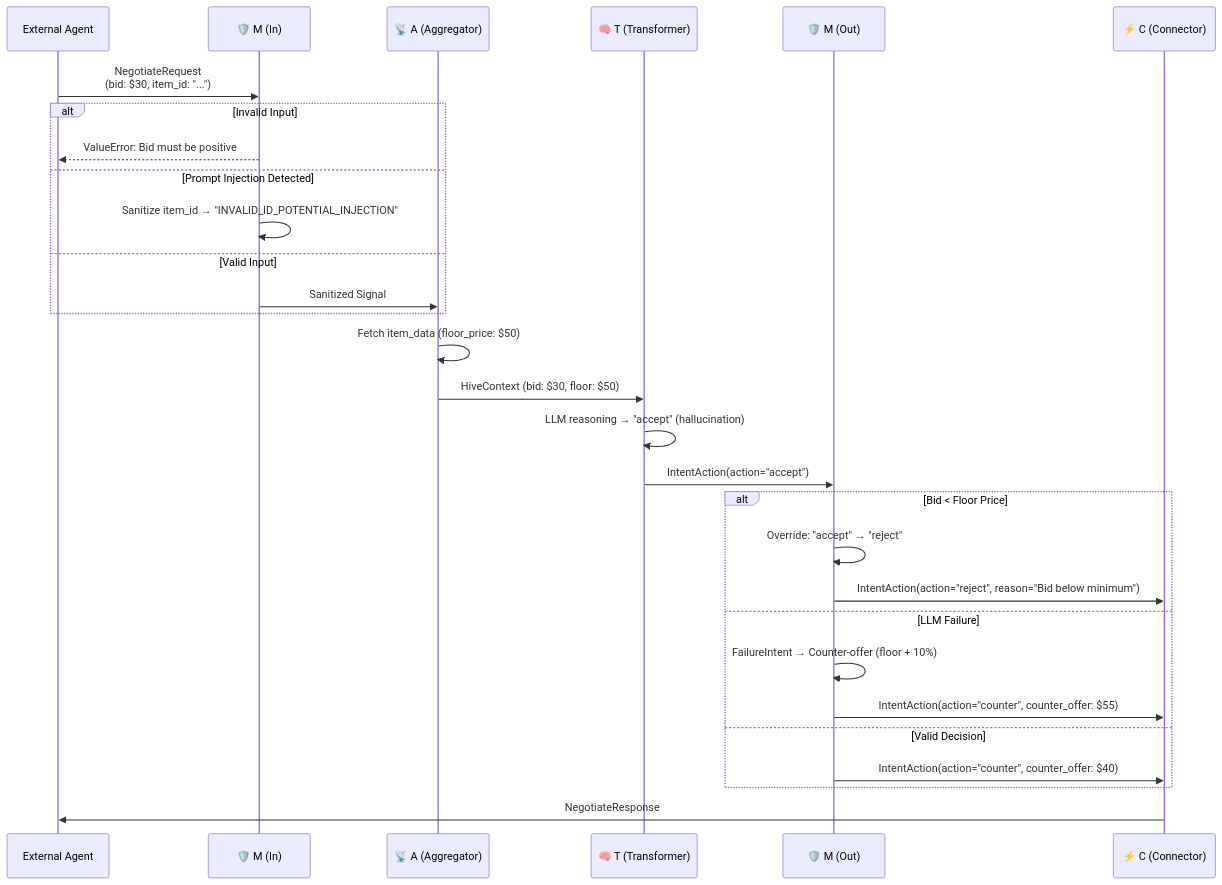
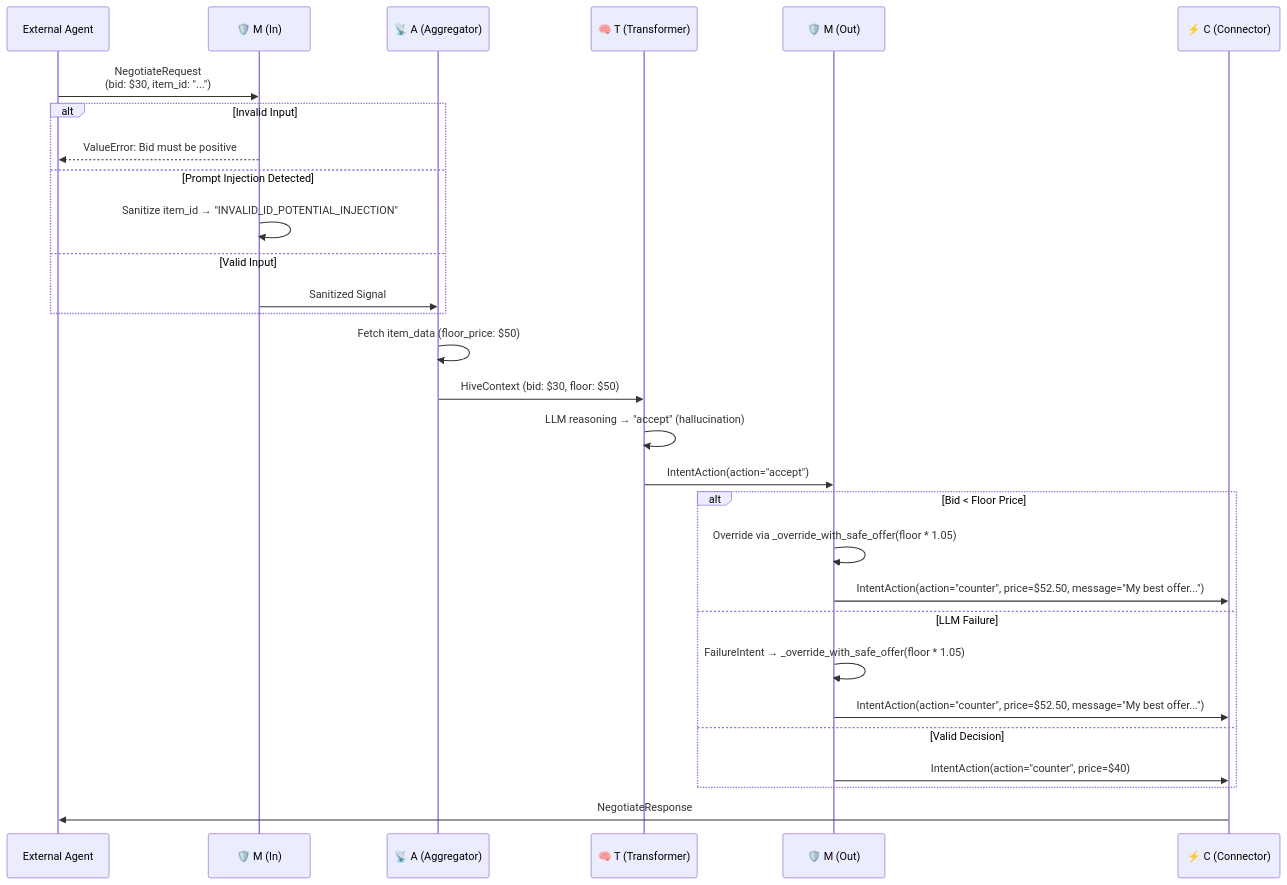
Before and after one commit to zaebee/aura: the second of 4 diagrams in docs/visual/components/membrane-guards.md, drawn with Mermaid. The commit also changed other lines of this file and 2 other files, not shown here.

````diff
--- a/docs/visual/components/membrane-guards.md
+++ b/docs/visual/components/membrane-guards.md
@@ -207,37 +212,37 @@
 ```mermaid
 sequenceDiagram
     participant Agent as External Agent
     participant M_in as 🛡️ M (In)
     participant A as 📡 A (Aggregator)
     participant T as 🧠 T (Transformer)
     participant M_out as 🛡️ M (Out)
     participant C as ⚡ C (Connector)
 
     Agent->>M_in: NegotiateRequest<br/>(bid: $30, item_id: "...")
 
     alt Invalid Input
         M_in-->>Agent: ValueError: Bid must be positive
     else Prompt Injection Detected
         M_in->>M_in: Sanitize item_id → "INVALID_ID_POTENTIAL_INJECTION"
     else Valid Input
         M_in->>A: Sanitized Signal
     end
 
     A->>A: Fetch item_data (floor_price: $50)
     A->>T: HiveContext (bid: $30, floor: $50)
 
     T->>T: LLM reasoning → "accept" (hallucination)
     T->>M_out: IntentAction(action="accept")
 
     alt Bid < Floor Price
-        M_out->>M_out: Override: "accept" → "reject"
-        M_out->>C: IntentAction(action="reject", reason="Bid below minimum")
+        M_out->>M_out: Override via _override_with_safe_offer(floor * 1.05)
+        M_out->>C: IntentAction(action="counter", price=$52.50, message="My best offer...")
     else LLM Failure
-        M_out->>M_out: FailureIntent → Counter-offer (floor + 10%)
-        M_out->>C: IntentAction(action="counter", counter_offer: $55)
+        M_out->>M_out: FailureIntent → _override_with_safe_offer(floor * 1.05)
+        M_out->>C: IntentAction(action="counter", price=$52.50, message="My best offer...")
     else Valid Decision
-        M_out->>C: IntentAction(action="counter", counter_offer: $40)
+        M_out->>C: IntentAction(action="counter", price=$40)
     end
 
     C->>Agent: NegotiateResponse
 ```
````
